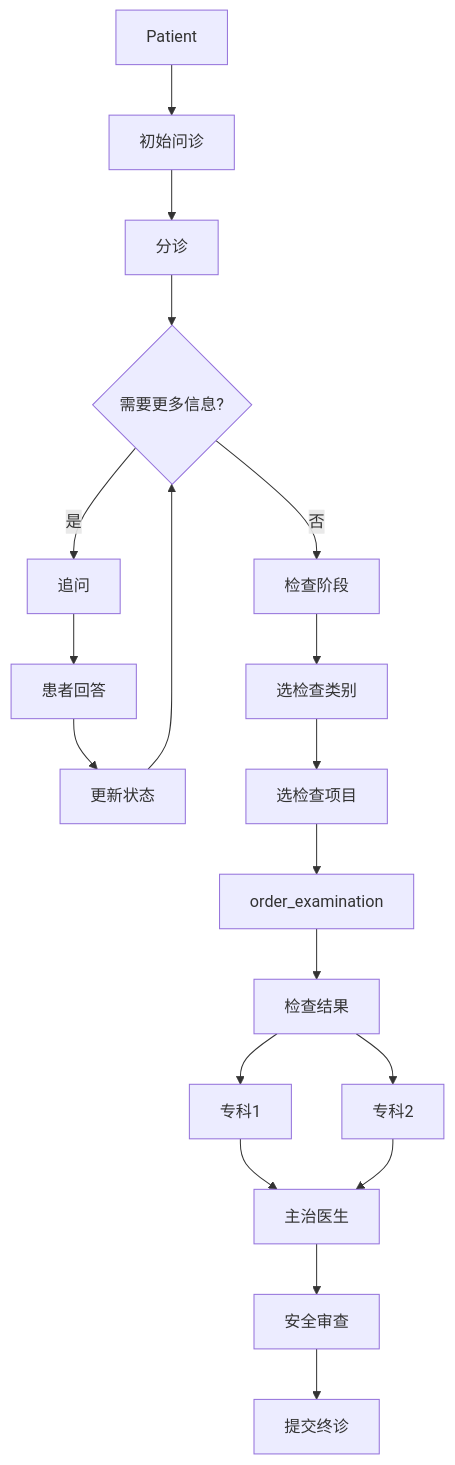
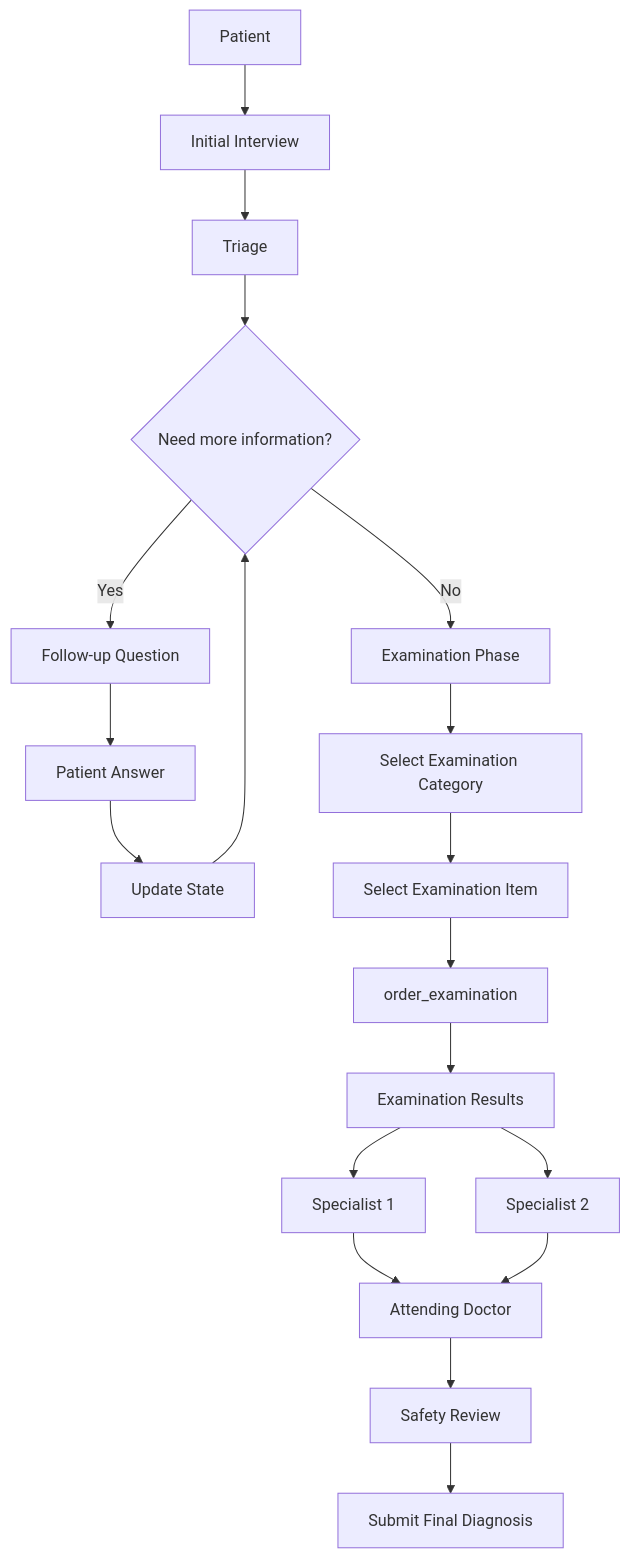
Before and after one commit to G1en-114/yixiao: the second of 6 diagrams in docs_architecture.md, drawn with Mermaid. The commit also changed other lines of this file and 90 other files, not shown here.

````diff
--- a/docs_architecture.md
+++ b/docs_architecture.md
@@ -86,21 +85,21 @@
 ```mermaid
 flowchart TD
-    START["Patient"] --> INIT["初始问诊"]
-    INIT --> TRI["分诊"]
-    TRI --> GAP{"需要更多信息?"}
-    GAP -->|"是"| ASK["追问"]
-    ASK --> ANS["患者回答"]
-    ANS --> UPD["更新状态"]
+    START["Patient"] --> INIT["Initial Interview"]
+    INIT --> TRI["Triage"]
+    TRI --> GAP{"Need more information?"}
+    GAP -->|"Yes"| ASK["Follow-up Question"]
+    ASK --> ANS["Patient Answer"]
+    ANS --> UPD["Update State"]
     UPD --> GAP
-    GAP -->|"否"| EX["检查阶段"]
-    EX --> EXC["选检查类别"]
-    EXC --> EXI["选检查项目"]
+    GAP -->|"No"| EX["Examination Phase"]
+    EX --> EXC["Select Examination Category"]
+    EXC --> EXI["Select Examination Item"]
     EXI --> ORD["order_examination"]
-    ORD --> RES["检查结果"]
-    RES --> SP1["专科1"]
-    RES --> SP2["专科2"]
-    SP1 --> AT["主治医生"]
+    ORD --> RES["Examination Results"]
+    RES --> SP1["Specialist 1"]
+    RES --> SP2["Specialist 2"]
+    SP1 --> AT["Attending Doctor"]
     SP2 --> AT
-    AT --> SF["安全审查"]
-    SF --> FIN["提交终诊"]
+    AT --> SF["Safety Review"]
+    SF --> FIN["Submit Final Diagnosis"]
 ```
````
